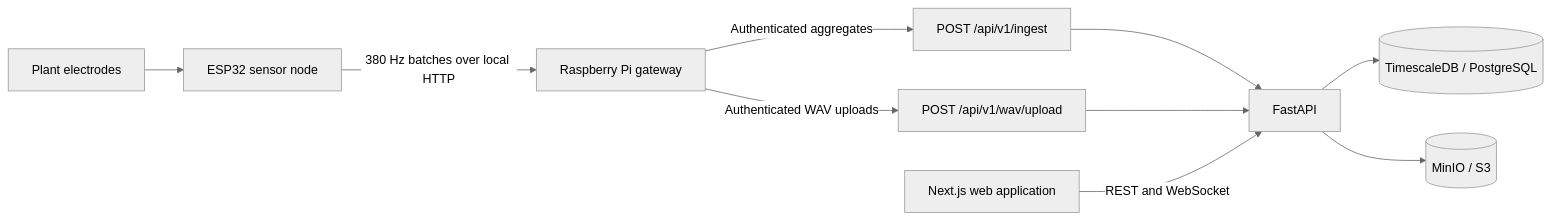
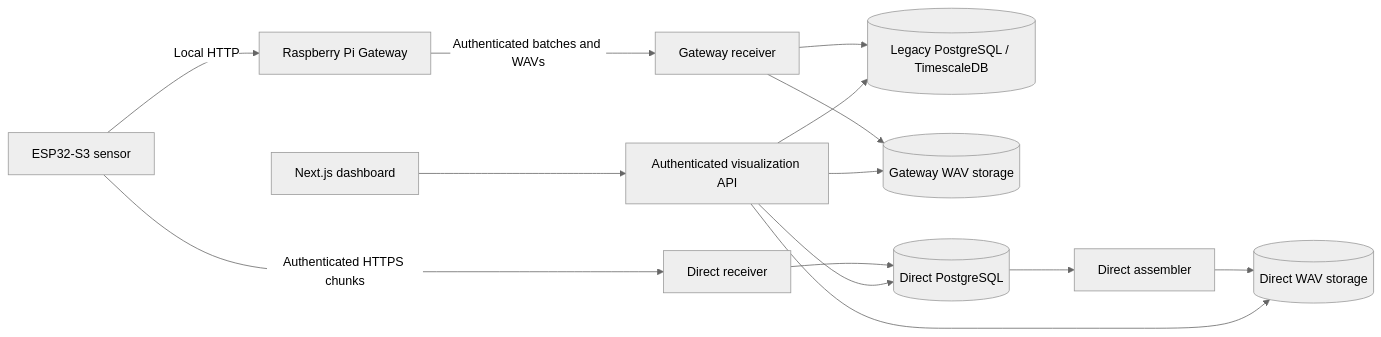
One commit to Dinten-dev/GreenMindDB changed the diagram in README.md. Above: the diagram before and after it, drawn with Mermaid (neutral theme). The commit also changed other lines of this file and 16 other files, not shown here.

````diff
--- a/README.md
+++ b/README.md
@@ -14,12 +23,16 @@
 ```mermaid
 flowchart LR
-    Plant[Plant electrodes] --> Sensor[ESP32 sensor node]
-    Sensor -->|380 Hz batches over local HTTP| Gateway[Raspberry Pi gateway]
-    Gateway -->|Authenticated aggregates| Ingest[POST /api/v1/ingest]
-    Gateway -->|Authenticated WAV uploads| Wav[POST /api/v1/wav/upload]
-    Ingest --> API[FastAPI]
-    Wav --> API
-    API --> DB[(TimescaleDB / PostgreSQL)]
-    API --> Object[(MinIO / S3)]
-    UI[Next.js web application] -->|REST and WebSocket| API
+    Sensor[ESP32-S3 sensor] -->|Local HTTP| Gateway[Raspberry Pi Gateway]
+    Gateway -->|Authenticated batches and WAVs| Legacy[Gateway receiver]
+    Sensor -->|Authenticated HTTPS chunks| Direct[Direct receiver]
+    Legacy --> LegacyDB[(Legacy PostgreSQL / TimescaleDB)]
+    Legacy --> LegacyWAV[(Gateway WAV storage)]
+    Direct --> DirectDB[(Direct PostgreSQL)]
+    DirectDB --> Assembler[Direct assembler]
+    Assembler --> DirectWAV[(Direct WAV storage)]
+    Dashboard[Next.js dashboard] --> Reader[Authenticated visualization API]
+    Reader --> LegacyDB
+    Reader --> DirectDB
+    Reader --> LegacyWAV
+    Reader --> DirectWAV
 ```
````
